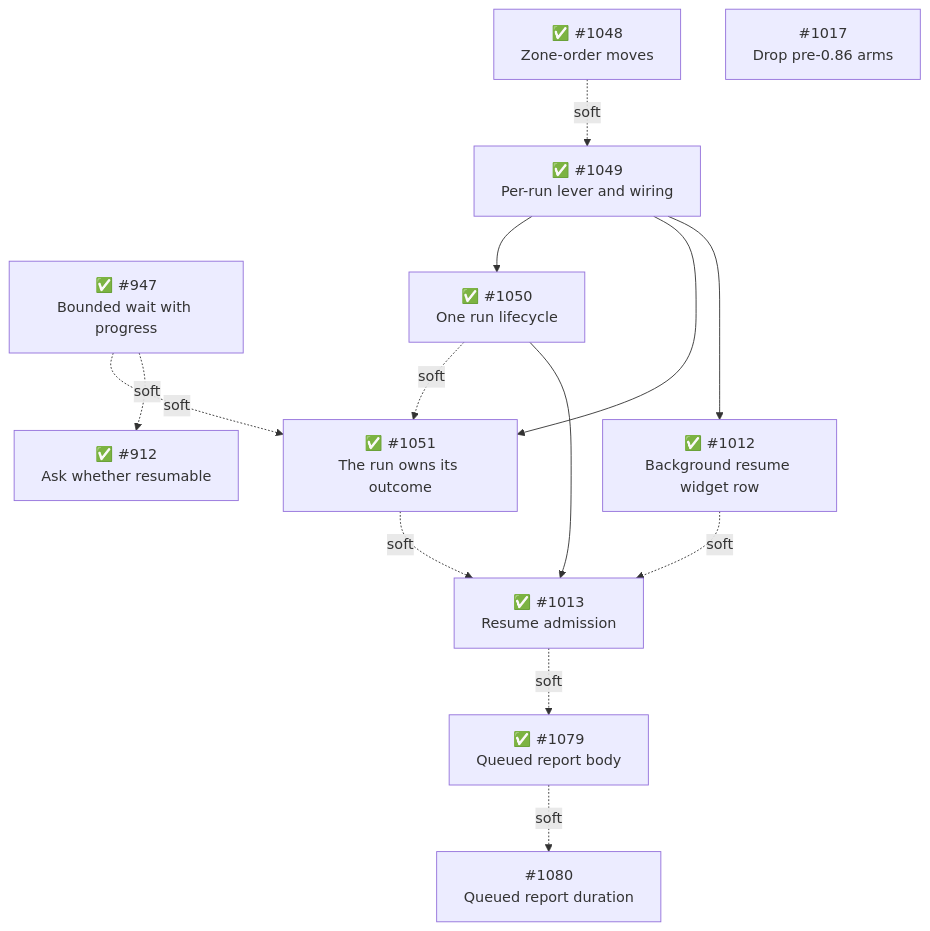
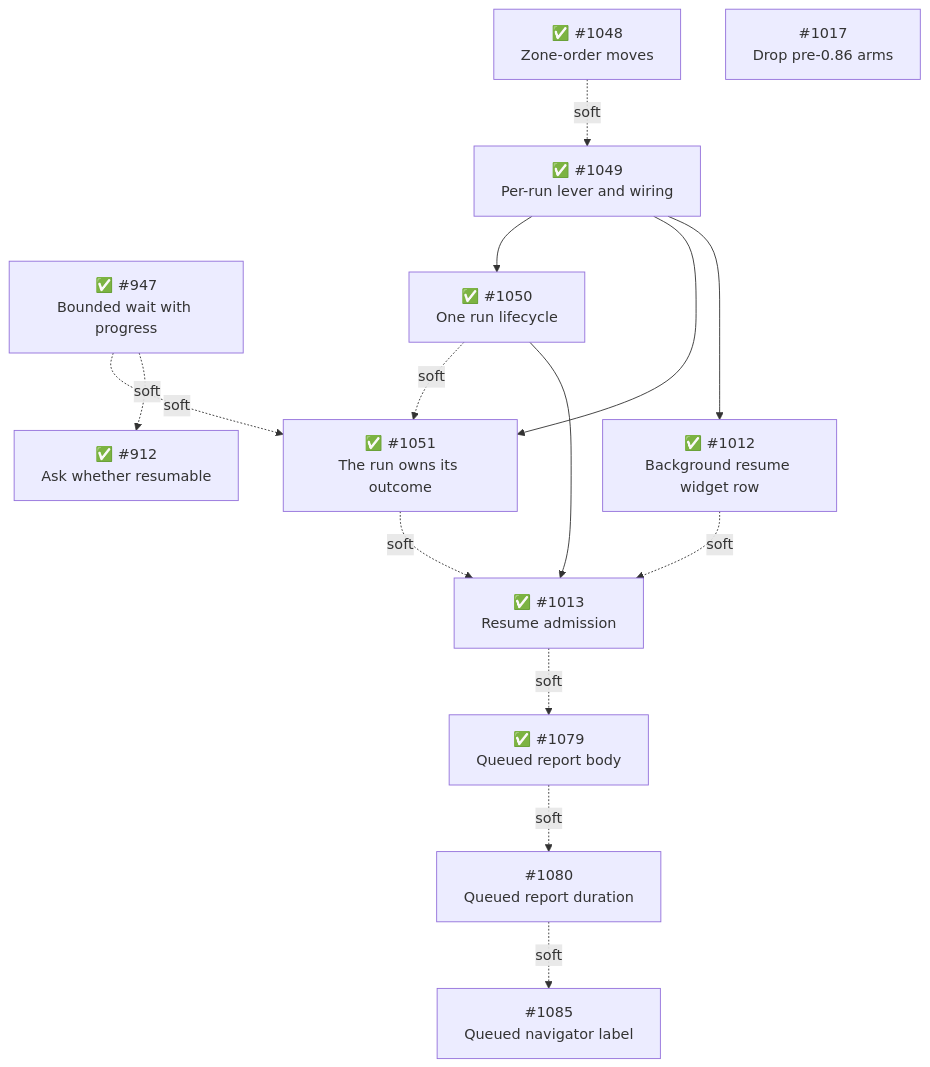
The sixth of 6 diagrams in docs/architecture/architecture.md (ttdua/pi-subagents), drawn with Mermaid before and after one commit. The commit also changed other lines of this file, not shown here.

````diff
--- a/docs/architecture/architecture.md
+++ b/docs/architecture/architecture.md
@@ -1199,16 +1215,17 @@
 ```mermaid
 flowchart TD
     S947["✅ #947<br/>Bounded wait with progress"] -.soft.-> S1051["✅ #1051<br/>The run owns its outcome"]
     S947 -.soft.-> S912["✅ #912<br/>Ask whether resumable"]
     S1048["✅ #1048<br/>Zone-order moves"] -.soft.-> S1049["✅ #1049<br/>Per-run lever and wiring"]
     S1049 --> S1050["✅ #1050<br/>One run lifecycle"]
     S1049 --> S1051
     S1049 --> S1012["✅ #1012<br/>Background resume widget row"]
     S1050 -.soft.-> S1051
     S1050 --> S1013["✅ #1013<br/>Resume admission"]
     S1051 -.soft.-> S1013
     S1012 -.soft.-> S1013
     S1013 -.soft.-> S1079["✅ #1079<br/>Queued report body"]
     S1079 -.soft.-> S1080["#1080<br/>Queued report duration"]
+    S1080 -.soft.-> S1085["#1085<br/>Queued navigator label"]
     S1017["#1017<br/>Drop pre-0.86 arms"]
 ```
````
